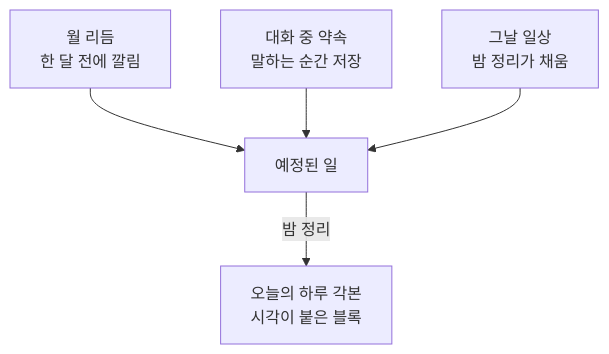
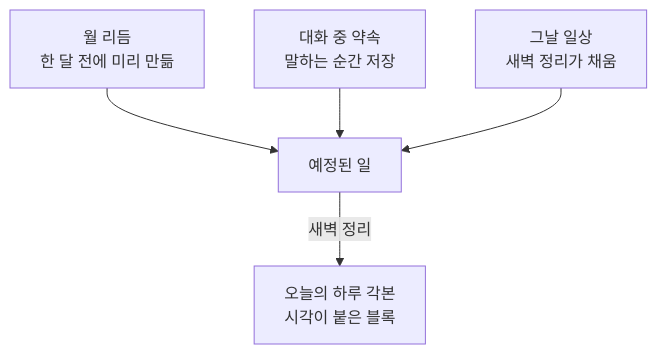
The third of 7 diagrams in time-and-memory.md (hyewon3938/random-ai-companion), drawn with Mermaid before and after one commit. The commit also changed other lines of this file and 4 other files, not shown here.

First line of the commit message:
docs: ERD·모듈 구성 문서 신설, 설계 최종 점검 결과 반영

````diff
--- a/time-and-memory.md
+++ b/time-and-memory.md
@@ -137,7 +138,7 @@
 ```mermaid
 flowchart TD
-  R[월 리듬<br/>한 달 전에 깔림] --> P[예정된 일]
+  R[월 리듬<br/>한 달 전에 미리 만듦] --> P[예정된 일]
   T[대화 중 약속<br/>말하는 순간 저장] --> P
-  D[그날 일상<br/>밤 정리가 채움] --> P
-  P -->|밤 정리| S[오늘의 하루 각본<br/>시각이 붙은 블록]
+  D[그날 일상<br/>새벽 정리가 채움] --> P
+  P -->|새벽 정리| S[오늘의 하루 각본<br/>시각이 붙은 블록]
 ```
````
